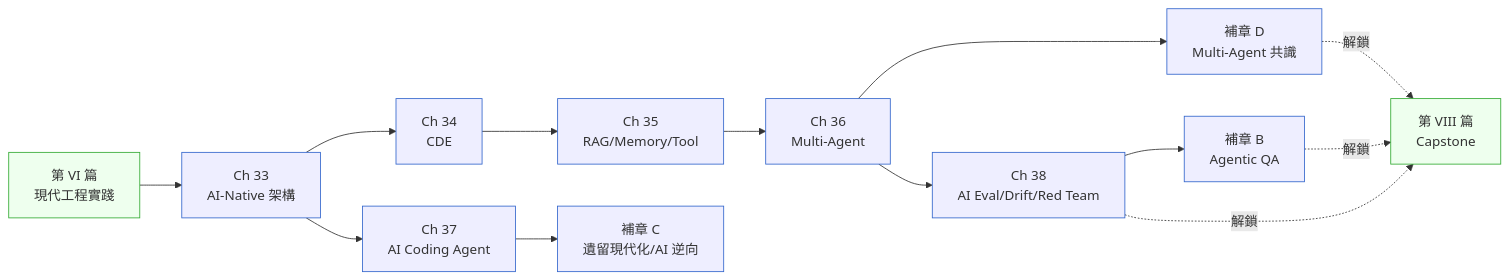
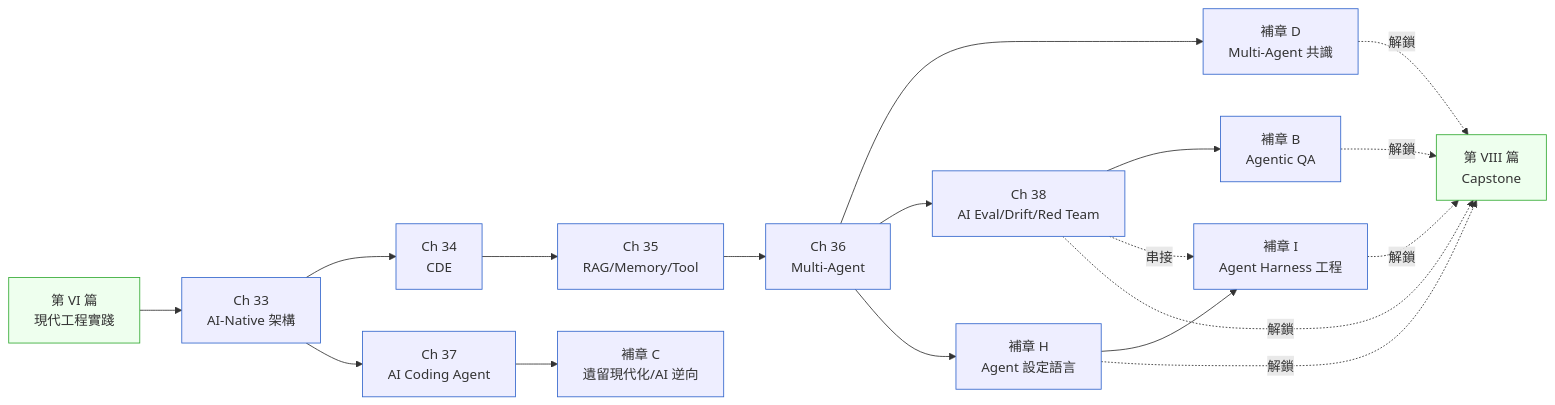
The diagram in book/part-07-ai-era/00-overview.md (EddyKuo/sa-sd-playbook), drawn with Mermaid before and after one commit. The commit also changed other lines of this file, not shown here.

Commit message:
docs(part-07-overview): 同步補章 H、I 加入篇導讀
兩次新增補章時都漏改篇導讀,本次補齊:
- frontmatter chapters 加入 "H"、"I"
- 開篇段落「三個補章」→「五個補章」並補上 chH、chI 一句話定位
- 篇內依存圖加入 chH（從 Ch 36 衍伸）、chI（從 chH 並接 Ch 38）
  兩節點並標示解鎖第 VIII 篇 Capstone
- 各章核心問句表加入 chH、chI 兩列
- 不同讀者建議入口加入 SA / 系統架構師路徑

````diff
--- a/book/part-07-ai-era/00-overview.md
+++ b/book/part-07-ai-era/00-overview.md
@@ -24,23 +24,28 @@
 ```mermaid
 flowchart LR
-    VI[第 VI 篇<br/>現代工程實踐] --> CH33
+    VI["第 VI 篇<br/>現代工程實踐"] --> CH33
 
-    CH33[Ch 33<br/>AI-Native 架構] --> CH34[Ch 34<br/>CDE]
-    CH34 --> CH35[Ch 35<br/>RAG/Memory/Tool]
-    CH35 --> CH36[Ch 36<br/>Multi-Agent]
-    CH36 --> CHD[補章 D<br/>Multi-Agent 共識]
-    CH33 --> CH37[Ch 37<br/>AI Coding Agent]
-    CH36 --> CH38[Ch 38<br/>AI Eval/Drift/Red Team]
-    CH38 --> CHB[補章 B<br/>Agentic QA]
-    CH37 --> CHC[補章 C<br/>遺留現代化/AI 逆向]
+    CH33["Ch 33<br/>AI-Native 架構"] --> CH34["Ch 34<br/>CDE"]
+    CH34 --> CH35["Ch 35<br/>RAG/Memory/Tool"]
+    CH35 --> CH36["Ch 36<br/>Multi-Agent"]
+    CH36 --> CHD["補章 D<br/>Multi-Agent 共識"]
+    CH33 --> CH37["Ch 37<br/>AI Coding Agent"]
+    CH36 --> CH38["Ch 38<br/>AI Eval/Drift/Red Team"]
+    CH38 --> CHB["補章 B<br/>Agentic QA"]
+    CH37 --> CHC["補章 C<br/>遺留現代化/AI 逆向"]
+    CH36 --> CHH["補章 H<br/>Agent 設定語言"]
+    CHH --> CHI["補章 I<br/>Agent Harness 工程"]
+    CH38 -.串接.-> CHI
 
-    CHB -.解鎖.-> VIII[第 VIII 篇<br/>Capstone]
+    CHB -.解鎖.-> VIII["第 VIII 篇<br/>Capstone"]
     CHD -.解鎖.-> VIII
     CH38 -.解鎖.-> VIII
+    CHH -.解鎖.-> VIII
+    CHI -.解鎖.-> VIII
 
     classDef cold fill:#eef,stroke:#36c
     classDef goal fill:#efe,stroke:#3a3
-    class CH33,CH34,CH35,CH36,CH37,CH38,CHB,CHC,CHD cold
+    class CH33,CH34,CH35,CH36,CH37,CH38,CHB,CHC,CHD,CHH,CHI cold
     class VIII goal
     class VI goal
 ```
````
